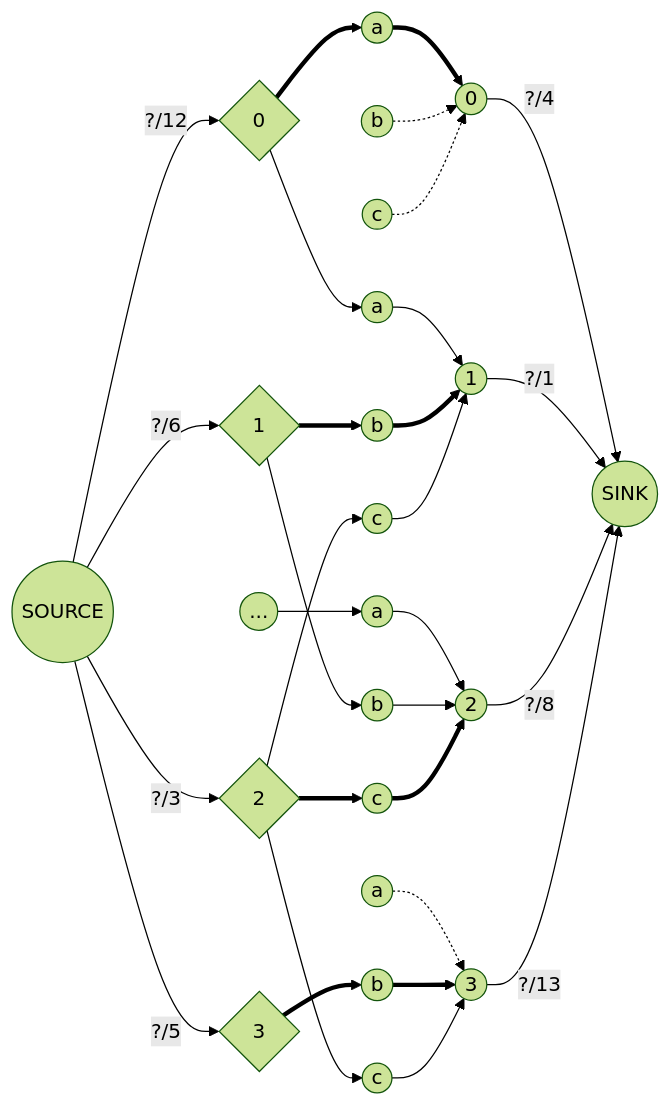
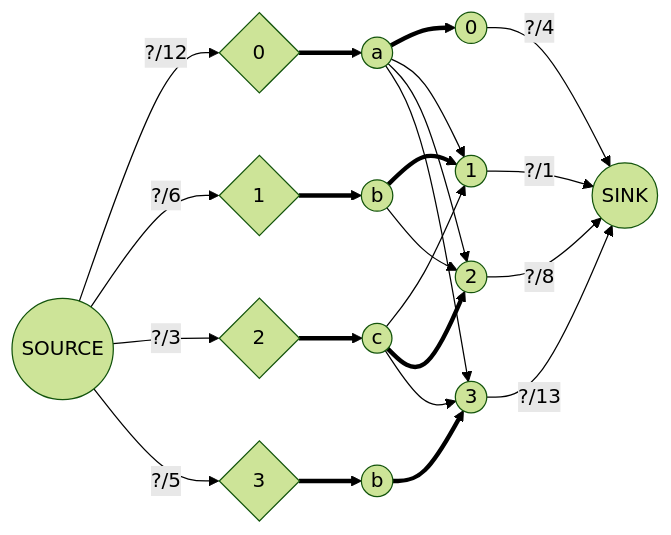
The second of 2 diagrams in vault/sem2/AuW/UE/cx/bf/cx09-bf.md (bfeitknecht/vault), drawn with Mermaid (forest theme) before and after one commit.

Commit message:
vault backup: 2024-05-18 22:08:37 from MacBook Pro (echo)
Affected files:
vault/sem2/AuW/UE/cx/bf/cx09-bf.md

````diff
--- a/vault/sem2/AuW/UE/cx/bf/cx09-bf.md
+++ b/vault/sem2/AuW/UE/cx/bf/cx09-bf.md
@@ -22,64 +22,52 @@
 ```mermaid
 flowchart LR
 
 idF(("SOURCE"))
 idT(("SINK"))
 
+%% from
 idf0{0}
 idf1{1}
 idf2{2}
 idf3{3}
 
-id0a((a))
-id0b((b))
-id0c((c))
-
-id1a((a))
-id1b((b))
-id1c((c))
-
-id2a((a))
-id2b((b))
-id2c((c))
-
-id3a((a))
-id3b((b))
-id3c((c))
-
+%% to
 idt0((0))
 idt1((1))
 idt2((2))
 idt3((3))
 
+%% variety
+id0a((a))
+id1b((b))
+id2c((c))
+id3b((b))
+
 %%%%%%%%%%%%%%%%%%%%%%%%%%%%%%%%%%%%%%%%%%%%
 
-idF -->|"?/12"| idf0 
+idF -->|"?/12"| idf0
 idF -->|"?/6"| idf1
 idF -->|"?/3"| idf2
 idF -->|"?/5"| idf3
 
-idt0 -->|"?/4"| idT 
+idt0 -->|"?/4"| idT
 idt1 -->|"?/1"| idT
 idt2 -->|"?/8"| idT
 idt3 -->|"?/13"| idT
 
-idx0(("..."))
+idf0 ==> id0a ==> idt0
 
-idf0 ==> id0a ==> idt0
-id0b -.-> idt0
-id0c -.-> idt0
+id0a --> idt1
+idf1 ==> id1b ==> idt1
+id2c --> idt1
 
-idf0 --> id1a --> idt1
-idf1 ==> id1b ==> idt1
-idf2 --> id1c --> idt1
-
-idx0 --> id2a --> idt2
-idf1 --> id2b --> idt2
+id0a --> idt2
+id1b --> idt2
 idf2 ==> id2c ==> idt2
 
-id3a -.-> idt3
+id0a --> idt3
 idf3 ==> id3b ==> idt3
-idf2 --> id3c --> idt3
+id2c --> idt3
 
 
 ```
````
